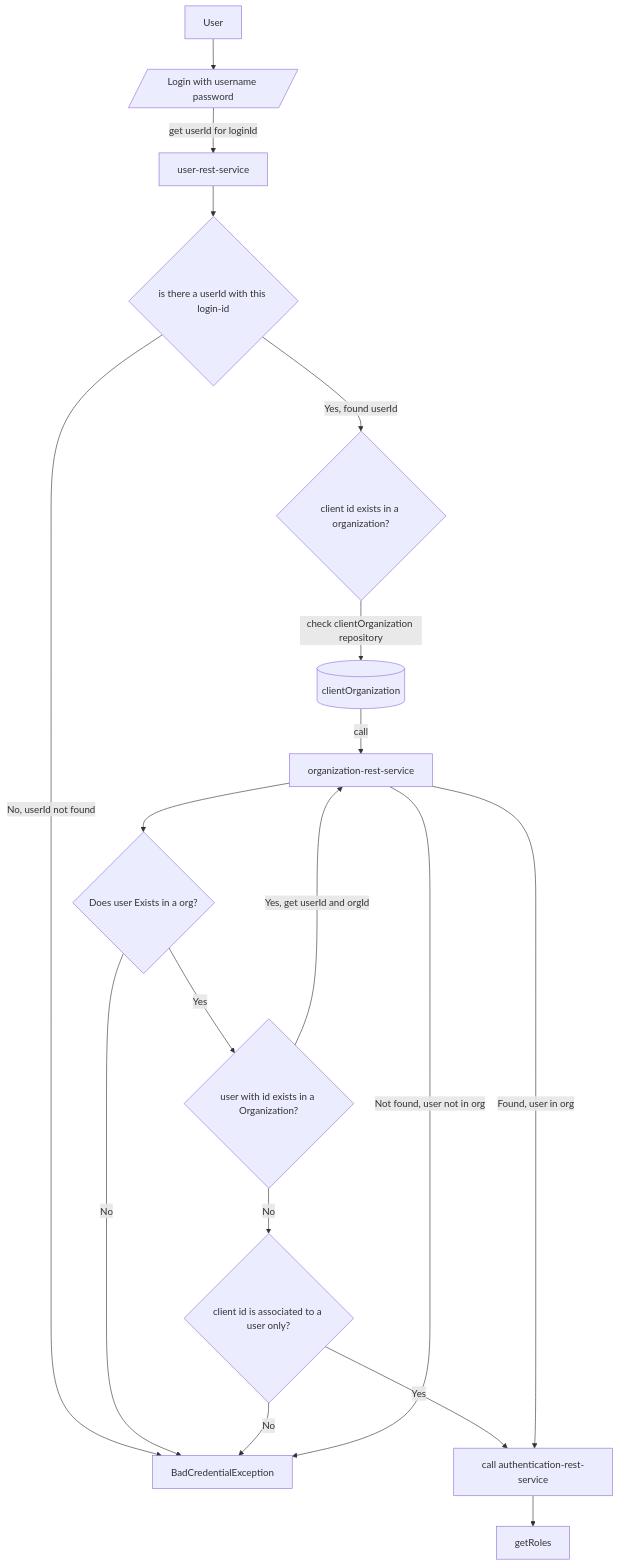
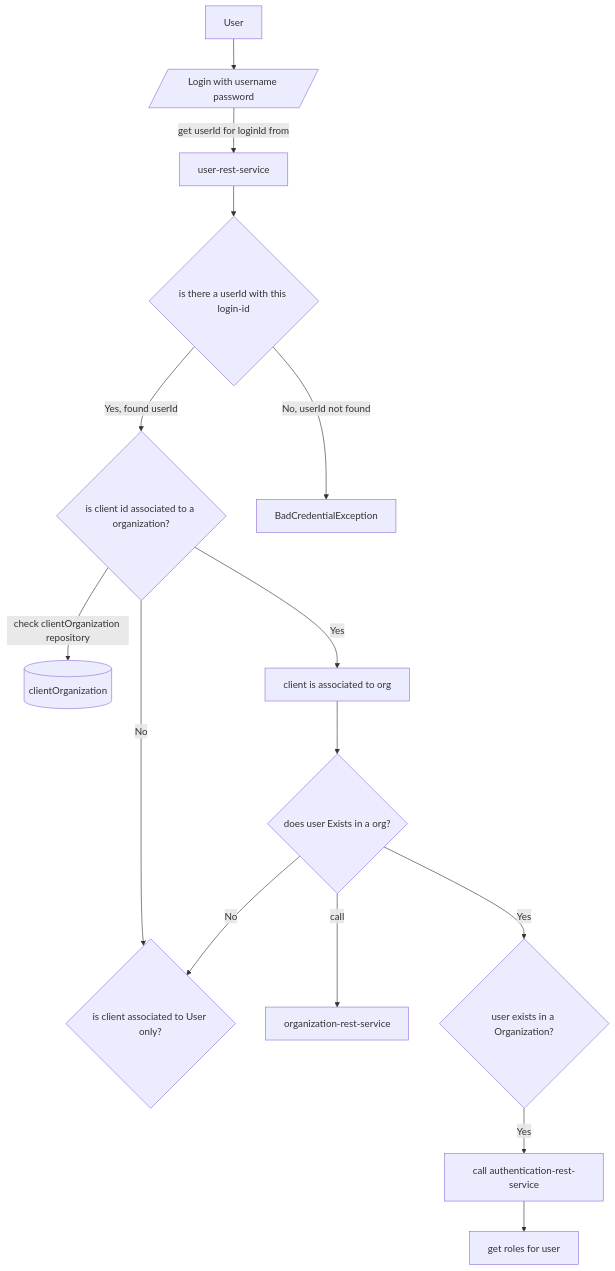
The diagram in README.md (sonamsamdupkhangsar/spring-authorization-serve), drawn with Mermaid before and after one commit. The commit also changed other lines of this file, not shown here.

````diff
--- a/README.md
+++ b/README.md
@@ -35,23 +35,18 @@
 ```mermaid
 flowchart TD
  User -->login[/Login with username password/]
- login --get userId for loginId--> userRestService["user-rest-service"]
+ login --get userId for loginId from--> userRestService["user-rest-service"]
  userRestService --> getUserId{is there a userId with this login-id}
- getUserId -->|Yes, found userId|checkClientInOrg{client id exists in a organization?}
+ getUserId -->|Yes, found userId|checkClientInOrg{is client id associated to a organization?}
  getUserId -->|No, userId not found|returnError[BadCredentialException]
- checkClientInOrg --check clientOrganization repository--> clientOrganizationTable[(clientOrganization)]
- clientOrganizationTable --call--> organizationRestService["organization-rest-service"]
- organizationRestService --> checkUserExistsInOrg{Does user Exists in a org?}
+ checkClientInOrg --check clientOrganization repository--> clientOrganizationRepo[(clientOrganization)]
  
- checkUserExistsInOrg -->|Yes| userExistsInOrg{user with id exists in a Organization?}
- checkUserExistsInOrg -->|No| returnError
- 
- 
- userExistsInOrg -->|Yes, get userId and orgId|organizationRestService["organization-rest-service"]
- userExistsInOrg -->|No|checkClientUserAssociation{client id is associated to a user only?}
- checkClientUserAssociation -->|Yes| authenticate
- checkClientUserAssociation -->|No| returnError
- organizationRestService -->|Found, user in org|authenticate["call authentication-rest-service"]
- organizationRestService -->|Not found, user not in org| returnError
- authenticate --> getRoles
+ checkClientInOrg -->|Yes|clientIsInOrg[client is associated to org]
+ checkClientInOrg -->|No|checkClientInUserRelationship{is client associated to User only?}
+ clientIsInOrg --> checkUserExistsInOrg{does user Exists in a org?}
+ checkUserExistsInOrg --call--> organizationRestService["organization-rest-service"]
+ checkUserExistsInOrg -->|Yes| userExistsInOrg{user exists in a Organization?}
+ checkUserExistsInOrg -->|No| checkClientInUserRelationship 
+ userExistsInOrg -->|Yes| authenticate["call authentication-rest-service"]
+ authenticate --> getRoles[get roles for user]
 ```
````
